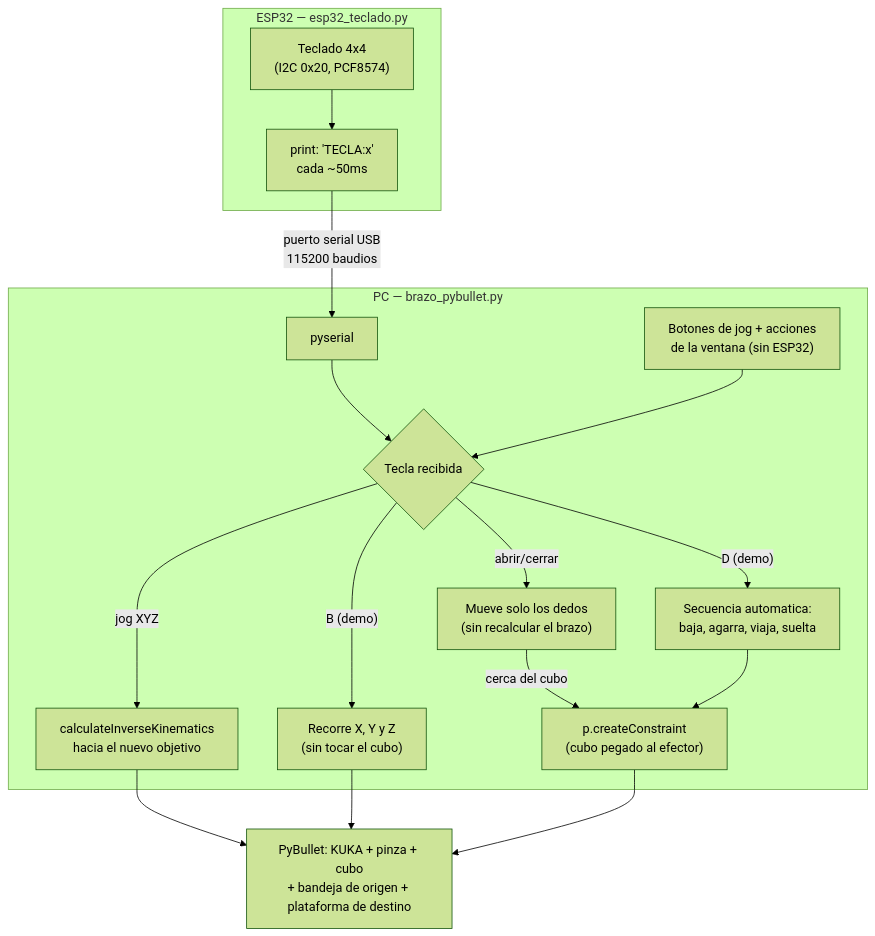
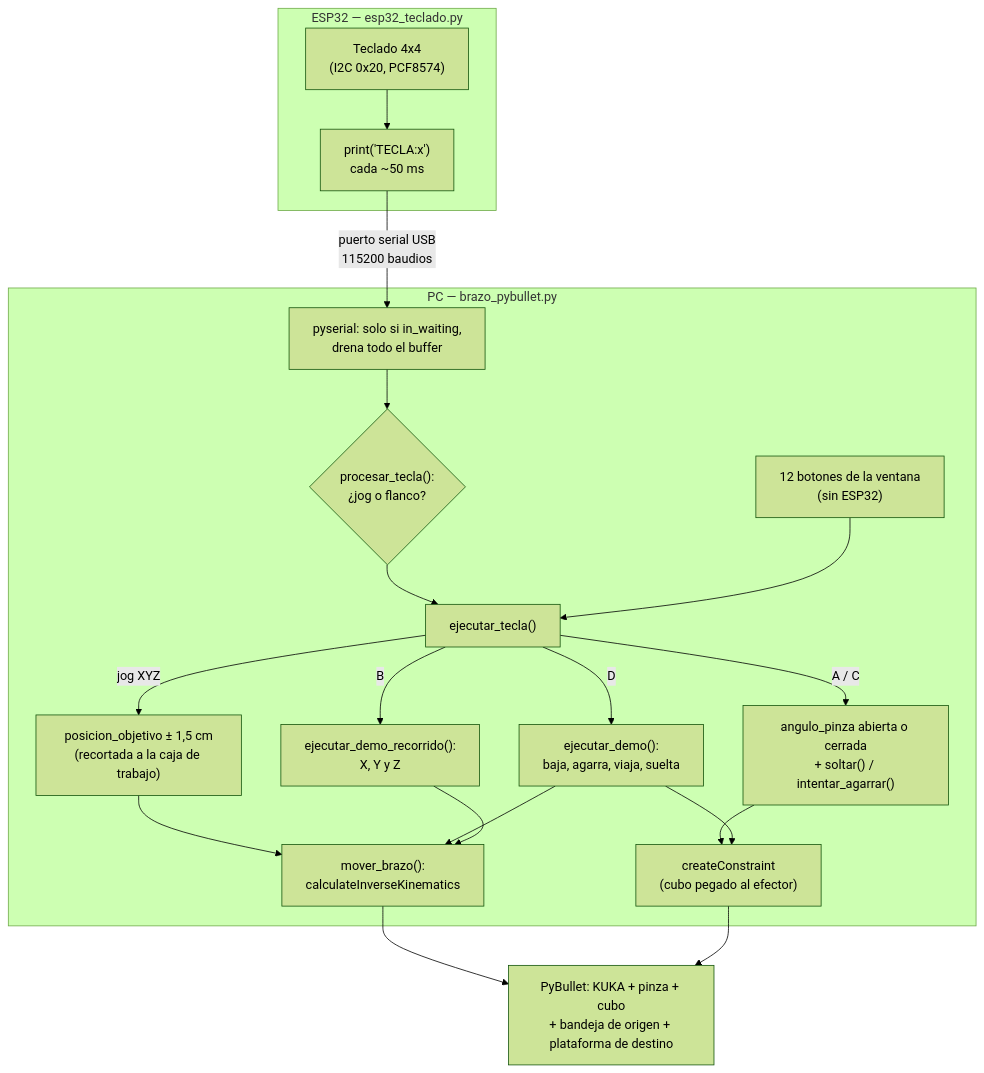
Before and after one commit to Dathinel/Sensores-Teoria: the first of 2 diagrams in 9-taller-segundo-corte/punto-b-brazo-tipo-baxter/README.md, drawn with Mermaid (forest theme). The commit also changed other lines of this file and 154 other files, not shown here.

````diff
--- a/9-taller-segundo-corte/punto-b-brazo-tipo-baxter/README.md
+++ b/9-taller-segundo-corte/punto-b-brazo-tipo-baxter/README.md
@@ -36,23 +67,26 @@
 ```mermaid
 flowchart TD
     subgraph ESP["ESP32 — esp32_teclado.py"]
-        Teclado["Teclado 4x4<br/>(I2C 0x20, PCF8574)"] --> Envia["print: 'TECLA:x'<br/>cada ~50ms"]
+        Teclado["Teclado 4x4<br/>(I2C 0x20, PCF8574)"] --> Envia["print('TECLA:x')<br/>cada ~50 ms"]
     end
 
     Envia -->|"puerto serial USB<br/>115200 baudios"| Recibe
 
     subgraph PC["PC — brazo_pybullet.py"]
-        Recibe["pyserial"] --> Interpreta{"Tecla recibida"}
-        Botones["Botones de jog + acciones<br/>de la ventana (sin ESP32)"] --> Interpreta
-        Interpreta -->|"jog XYZ"| Brazo["calculateInverseKinematics<br/>hacia el nuevo objetivo"]
-        Interpreta -->|"abrir/cerrar"| Pinza["Mueve solo los dedos<br/>(sin recalcular el brazo)"]
-        Interpreta -->|"D (demo)"| Demo["Secuencia automatica:<br/>baja, agarra, viaja, suelta"]
-        Interpreta -->|"B (demo)"| Recorrido["Recorre X, Y y Z<br/>(sin tocar el cubo)"]
-        Pinza -->|"cerca del cubo"| Constraint["p.createConstraint<br/>(cubo pegado al efector)"]
+        Recibe["pyserial: solo si in_waiting,<br/>drena todo el buffer"] --> Procesa{"procesar_tecla():<br/>¿jog o flanco?"}
+        Procesa --> Ejecuta["ejecutar_tecla()"]
+        Botones["12 botones de la ventana<br/>(sin ESP32)"] --> Ejecuta
+        Ejecuta -->|"jog XYZ"| Objetivo["posicion_objetivo ± 1,5 cm<br/>(recortada a la caja de trabajo)"]
+        Ejecuta -->|"A / C"| Pinza["angulo_pinza abierta o cerrada<br/>+ soltar() / intentar_agarrar()"]
+        Ejecuta -->|"D"| Demo["ejecutar_demo():<br/>baja, agarra, viaja, suelta"]
+        Ejecuta -->|"B"| Recorrido["ejecutar_demo_recorrido():<br/>X, Y y Z"]
+        Objetivo --> IK["mover_brazo():<br/>calculateInverseKinematics"]
+        Pinza --> Constraint["createConstraint<br/>(cubo pegado al efector)"]
+        Demo --> IK
         Demo --> Constraint
+        Recorrido --> IK
     end
 
-    Brazo --> Sim["PyBullet: KUKA + pinza + cubo<br/>+ bandeja de origen + plataforma de destino"]
-    Recorrido --> Sim
+    IK --> Sim["PyBullet: KUKA + pinza + cubo<br/>+ bandeja de origen + plataforma de destino"]
     Constraint --> Sim
 ```
````
